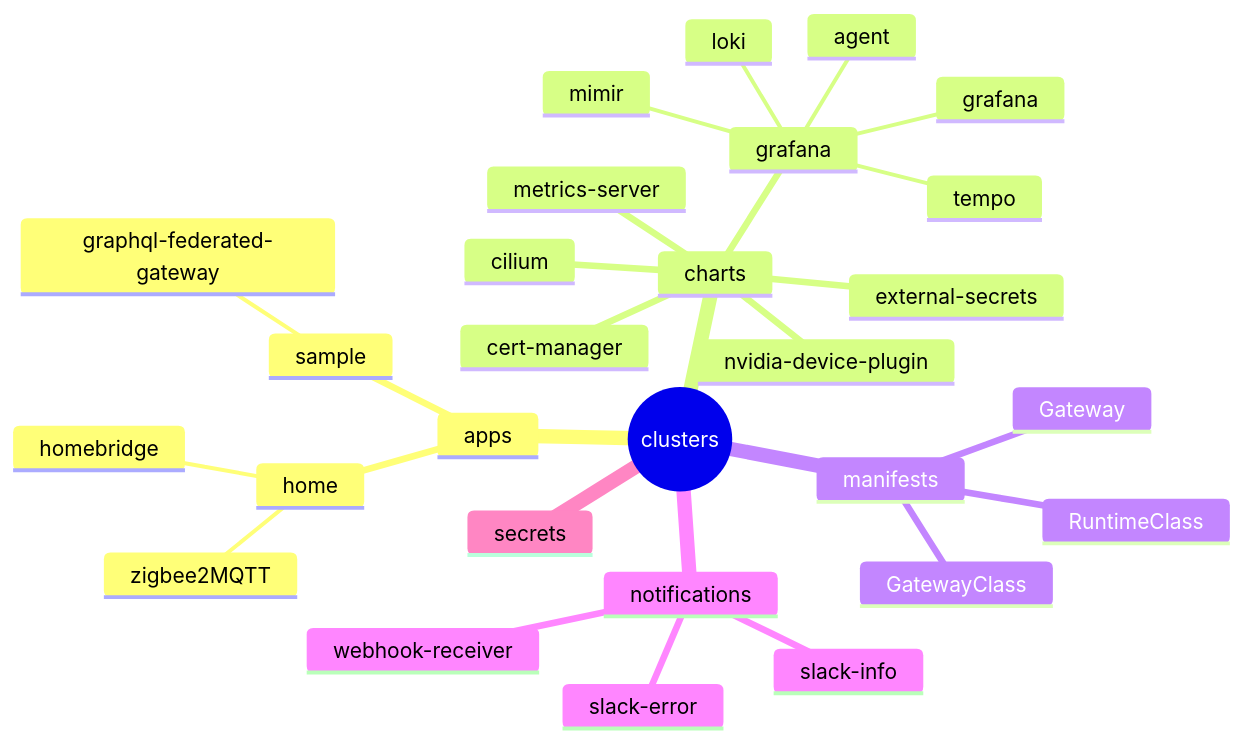
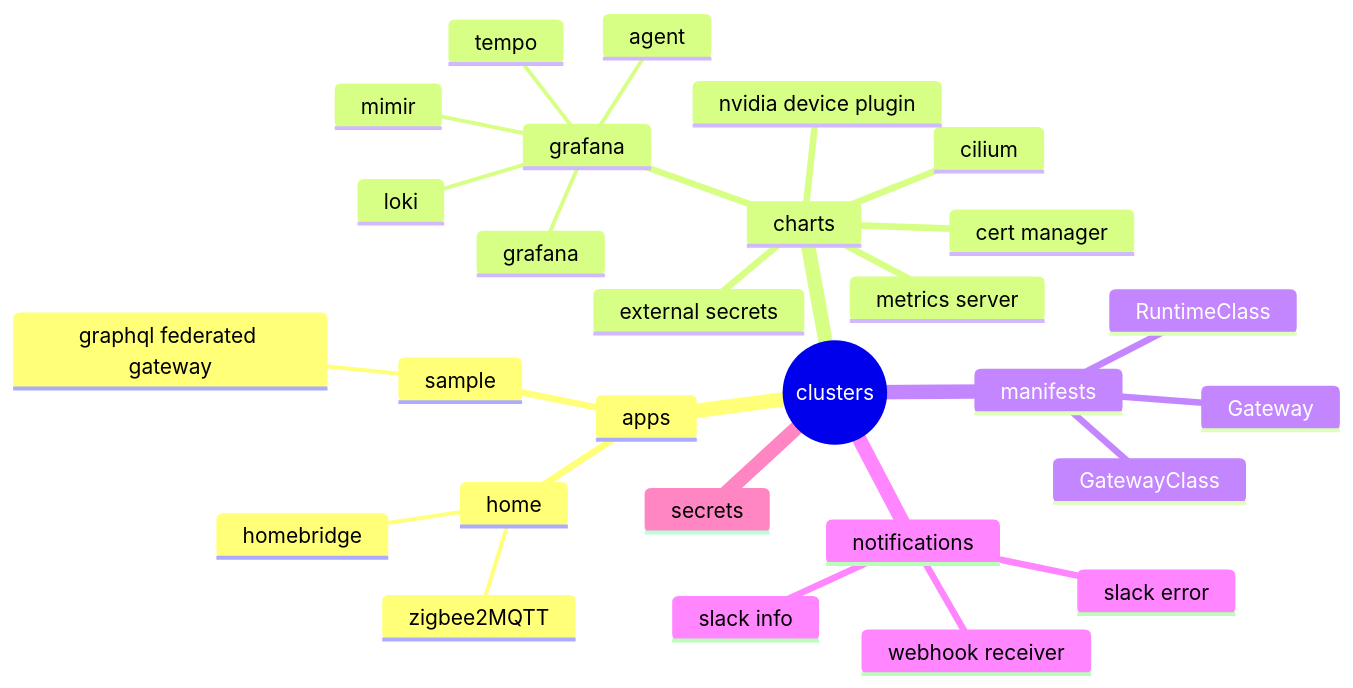
Before and after one commit to dudo/turing-pi: the diagram in README.md, drawn with Mermaid.

Commit message:
Add mermaid

````diff
--- a/README.md
+++ b/README.md
@@ -13,31 +13,31 @@
 ```mermaid
 mindmap
   root((clusters))
     apps
       home
         homebridge
         zigbee2MQTT
       sample
-        graphql-federated-gateway
+        graphql federated gateway
     charts
-      cert-manager
+      cert manager
       cilium
-      external-secrets
+      external secrets
       grafana
         agent
         grafana
         loki
         mimir
         tempo
-      metrics-server
-      nvidia-device-plugin
+      metrics server
+      nvidia device plugin
     manifests
       GatewayClass
       Gateway
       RuntimeClass
     notifications
-      slack-error
-      slack-info
-      webhook-receiver
+      slack error
+      slack info
+      webhook receiver
     secrets
 ```
````
